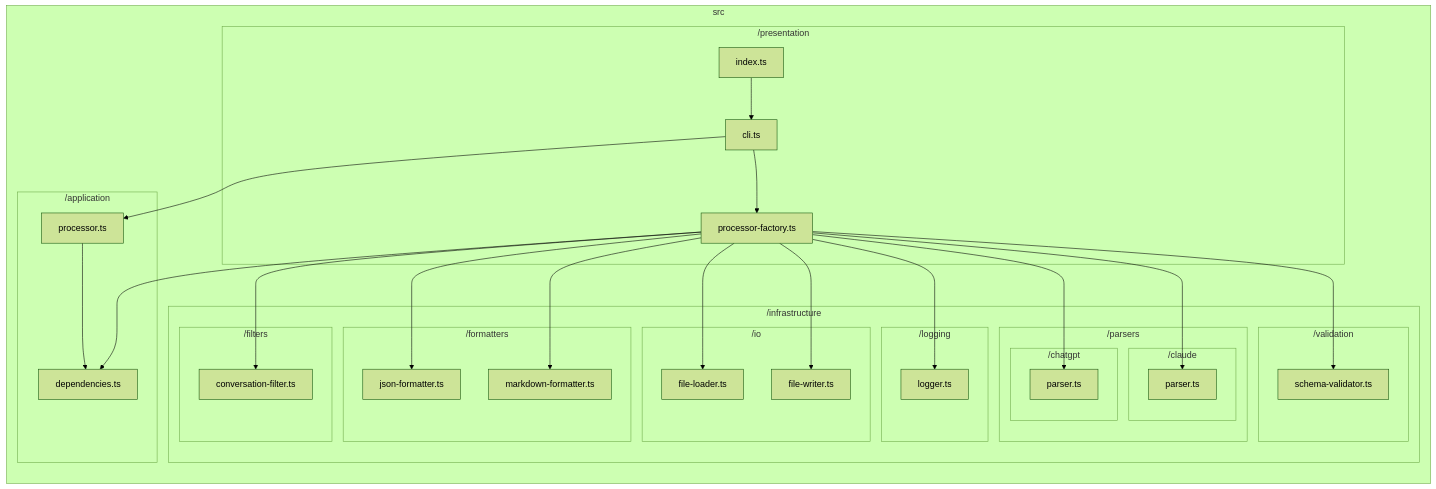
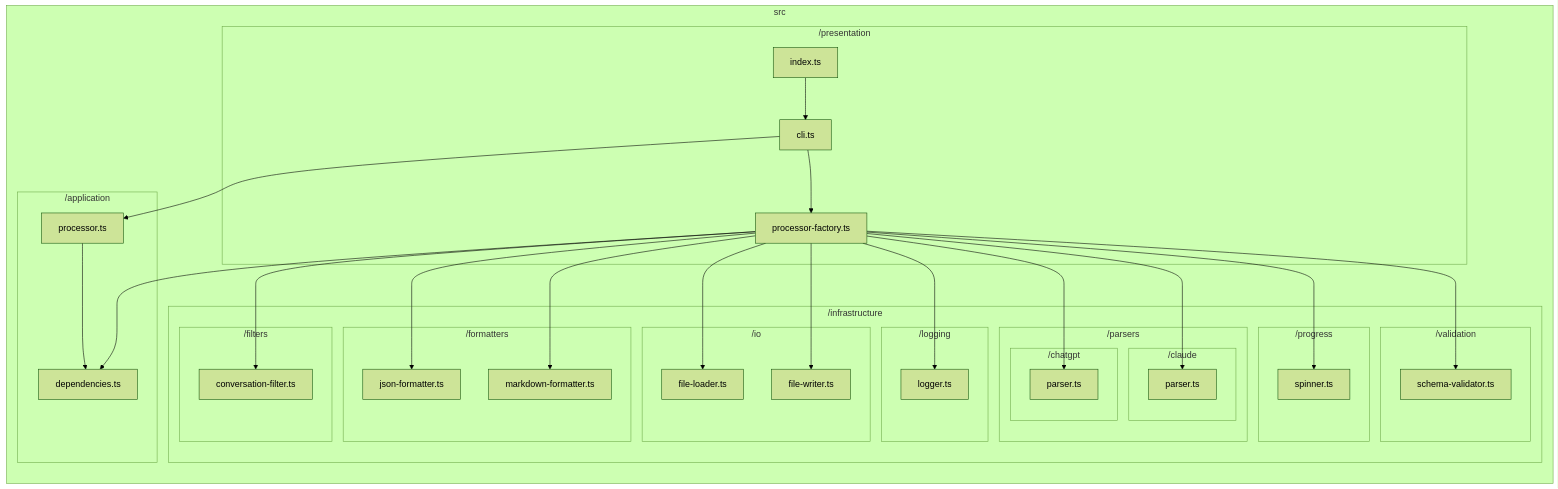
The diagram in docs/reports/dependencies/flow.md (sugurutakahashi-1234/ai-chat-md-export), drawn with Mermaid (forest theme) before and after one commit. The commit also changed 27 other files, not shown here.

````diff
--- a/docs/reports/dependencies/flow.md
+++ b/docs/reports/dependencies/flow.md
@@ -7,55 +7,59 @@
 ```mermaid
 flowchart LR
     subgraph src["src"]
         subgraph src/application["/application"]
             src/application/processor.ts["processor.ts"]
             src/application/depend_encies.ts["dependencies.ts"]
         end
         subgraph src/presentation["/presentation"]
             src/presentation/processor//factory.ts["processor-factory.ts"]
             src/presentation/cli.ts["cli.ts"]
             src/presentation/index.ts["index.ts"]
         end
         subgraph src/infrastructure["/infrastructure"]
             subgraph src/infrastructure/filters["/filters"]
                 src/infrastructure/filters/conversation//filter.ts["conversation-filter.ts"]
             end
             subgraph src/infrastructure/formatters["/formatters"]
                 src/infrastructure/formatters/json//formatter.ts["json-formatter.ts"]
                 src/infrastructure/formatters/markdown//formatter.ts["markdown-formatter.ts"]
             end
             subgraph src/infrastructure/io["/io"]
                 src/infrastructure/io/file//loader.ts["file-loader.ts"]
                 src/infrastructure/io/file//writer.ts["file-writer.ts"]
             end
             subgraph src/infrastructure/logging["/logging"]
                 src/infrastructure/logging/logger.ts["logger.ts"]
             end
             subgraph src/infrastructure/parsers["/parsers"]
                 subgraph src/infrastructure/parsers/chatgpt["/chatgpt"]
                     src/infrastructure/parsers/chatgpt/parser.ts["parser.ts"]
                 end
                 subgraph src/infrastructure/parsers/claude["/claude"]
                     src/infrastructure/parsers/claude/parser.ts["parser.ts"]
                 end
             end
+            subgraph src/infrastructure/progress["/progress"]
+                src/infrastructure/progress/spinner.ts["spinner.ts"]
+            end
             subgraph src/infrastructure/validation["/validation"]
                 src/infrastructure/validation/schema//validator.ts["schema-validator.ts"]
             end
         end
     end
     src/application/processor.ts-->src/application/depend_encies.ts
     src/presentation/processor//factory.ts-->src/application/depend_encies.ts
     src/presentation/processor//factory.ts-->src/infrastructure/filters/conversation//filter.ts
     src/presentation/processor//factory.ts-->src/infrastructure/formatters/json//formatter.ts
     src/presentation/processor//factory.ts-->src/infrastructure/formatters/markdown//formatter.ts
     src/presentation/processor//factory.ts-->src/infrastructure/io/file//loader.ts
     src/presentation/processor//factory.ts-->src/infrastructure/io/file//writer.ts
     src/presentation/processor//factory.ts-->src/infrastructure/logging/logger.ts
     src/presentation/processor//factory.ts-->src/infrastructure/parsers/chatgpt/parser.ts
     src/presentation/processor//factory.ts-->src/infrastructure/parsers/claude/parser.ts
+    src/presentation/processor//factory.ts-->src/infrastructure/progress/spinner.ts
     src/presentation/processor//factory.ts-->src/infrastructure/validation/schema//validator.ts
     src/presentation/cli.ts-->src/application/processor.ts
     src/presentation/cli.ts-->src/presentation/processor//factory.ts
     src/presentation/index.ts-->src/presentation/cli.ts
 ```
````
